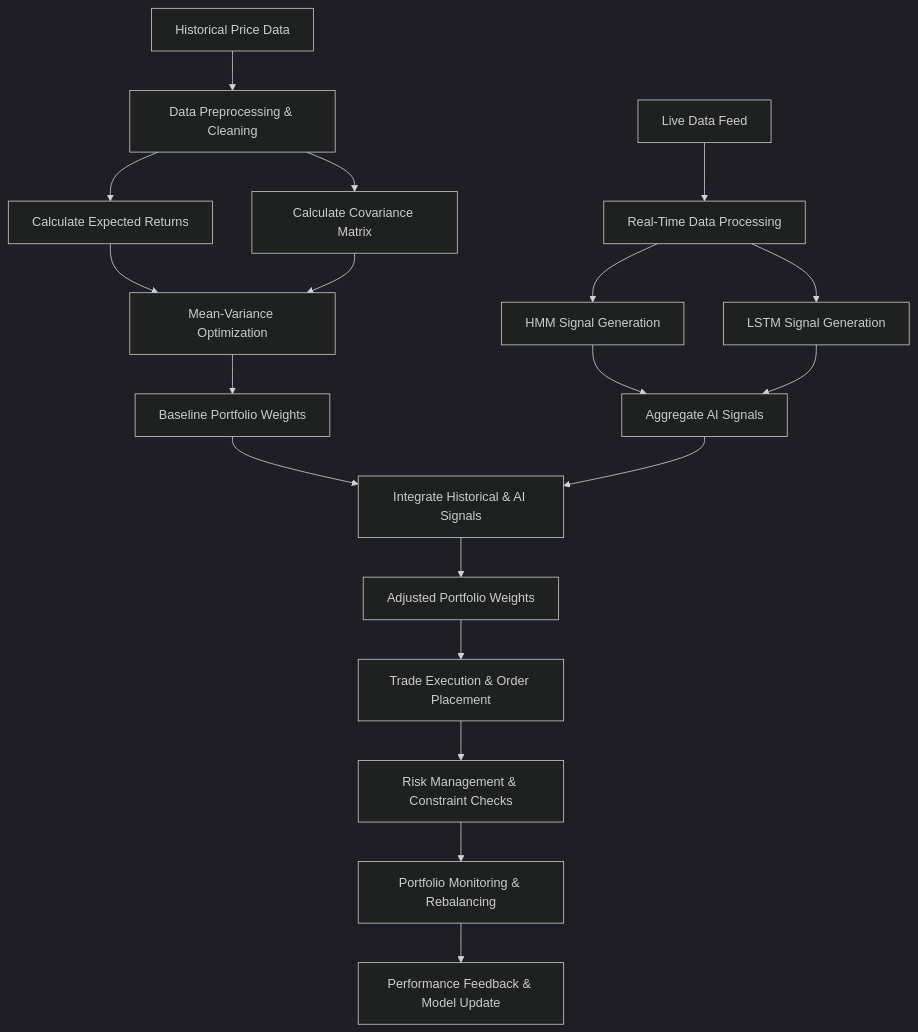
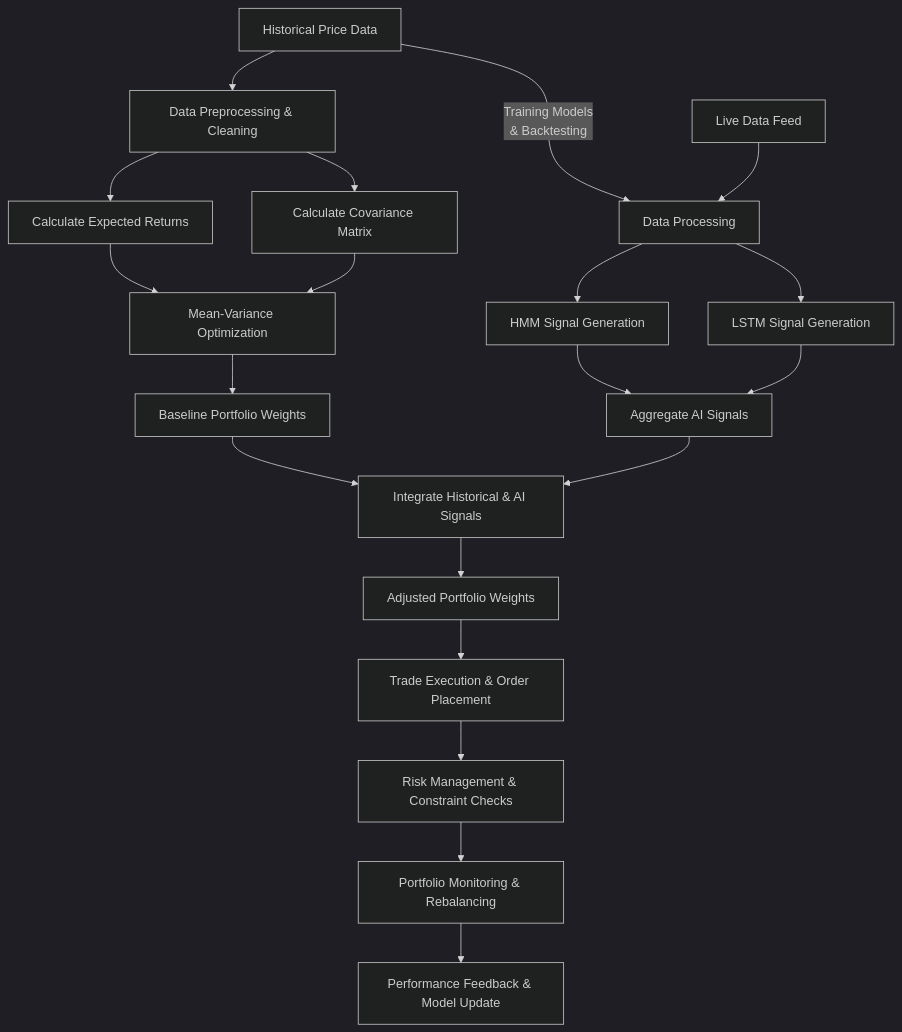
One commit to rcosta-git/CandleSage changed the third of 3 diagrams in README.md. Above: the diagram before and after it, drawn with Mermaid (dark theme). The commit also changed other lines of this file, not shown here.

````diff
--- a/README.md
+++ b/README.md
@@ -102,50 +102,51 @@
 ```mermaid
 flowchart TD
     %% Historical Data Branch
     A[Historical Price Data]
     B[Data Preprocessing & Cleaning]
     C[Calculate Expected Returns]
     D[Calculate Covariance Matrix]
     E[Mean-Variance Optimization]
     F[Baseline Portfolio Weights]
 
     %% Real-Time AI Signals Branch
     G[Live Data Feed]
-    H[Real-Time Data Processing]
+    H[Data Processing]
     I[HMM Signal Generation]
     J[LSTM Signal Generation]
     K[Aggregate AI Signals]
 
     %% Integration
     L[Integrate Historical & AI Signals]
     M[Adjusted Portfolio Weights]
 
     %% Trade Execution & Monitoring
     N[Trade Execution & Order Placement]
     O[Risk Management & Constraint Checks]
     P[Portfolio Monitoring & Rebalancing]
     Q[Performance Feedback & Model Update]
 
     %% Flow Connections
     A --> B
     B --> C
     B --> D
     C --> E
     D --> E
     E --> F
 
+    A -- "Training Models<br>& Backtesting" --> H
     G --> H
     H --> I
     H --> J
     I --> K
     J --> K
 
     F --> L
     K --> L
     L --> M
 
     M --> N
     N --> O
     O --> P
     P --> Q
 ```
````
